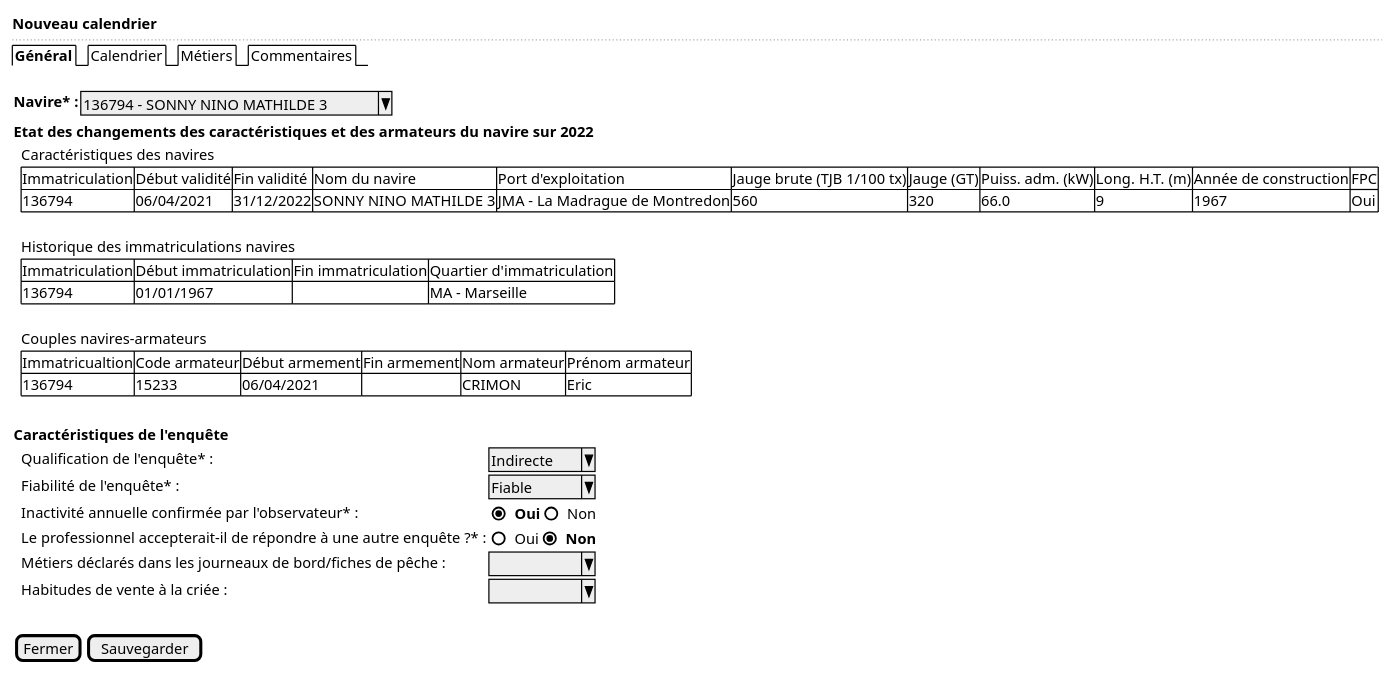
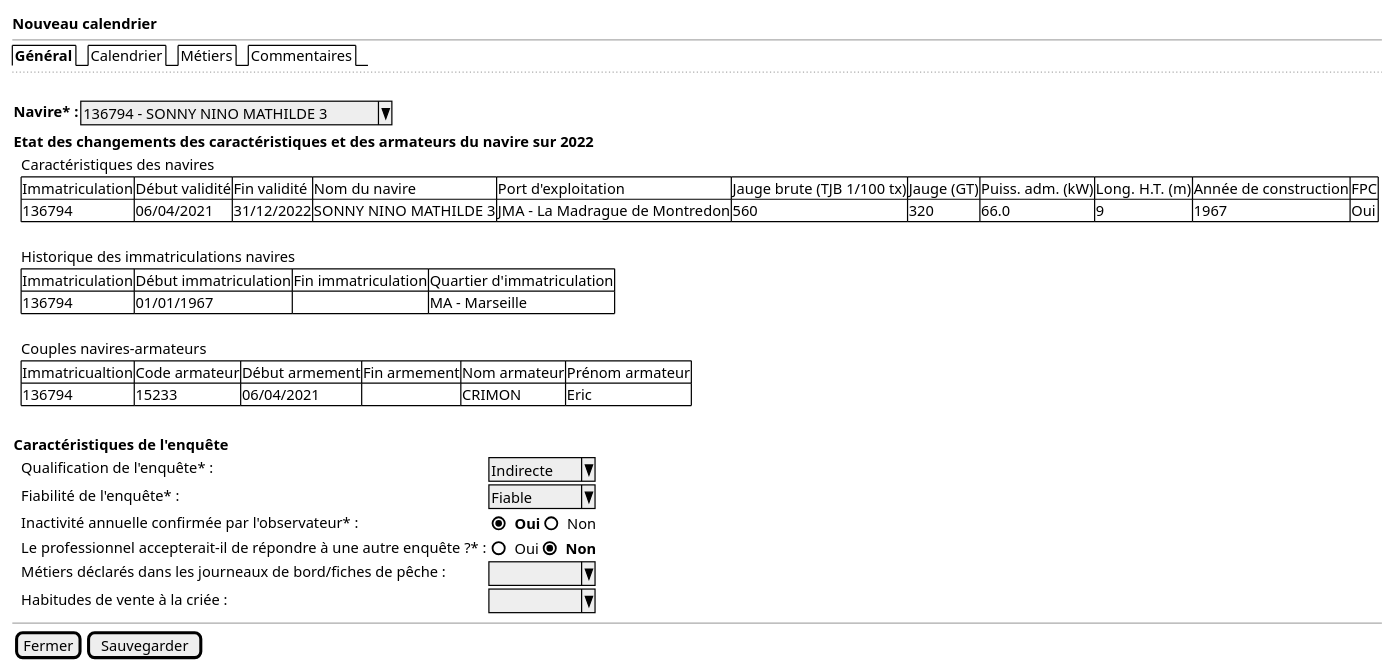
The diagram in projects/activity-calendar/spe/images/activity-calendar-new-general.puml (sumaris-net/sumaris-doc), drawn with PlantUML before and after one commit. The commit also changed 11 other files, not shown here.

```diff
--- a/projects/activity-calendar/spe/images/activity-calendar-new-general.puml
+++ b/projects/activity-calendar/spe/images/activity-calendar-new-general.puml
@@ -1,45 +1,46 @@
 @startsalt
 {
   <b>Nouveau calendrier
+  --
+  {/ <b>Général | Calendrier | Métiers | Commentaires }
   ..
-  {/ <b>Général | Calendrier | Métiers | Commentaires }
   .
 
   {<b>Navire* : | ^136794 - SONNY NINO MATHILDE 3^}
 
   {
   <b>Etat des changements des caractéristiques et des armateurs du navire sur 2022
     {
     . | Caractéristiques des navires
     . | {# Immatriculation | Début validité | Fin validité | Nom du navire | Port d'exploitation | Jauge brute (TJB 1/100 tx) | Jauge (GT) | Puiss. adm. (kW) | Long. H.T. (m) | Année de construction | FPC
        136794 | 06/04/2021 | 31/12/2022 | SONNY NINO MATHILDE 3 | JMA - La Madrague de Montredon | 560 | 320 | 66.0 | 9 | 1967 | Oui}
     .
 
     . | Historique des immatriculations navires
     . | {# Immatriculation | Début immatriculation | Fin immatriculation | Quartier d'immatriculation
        136794 | 01/01/1967 | . | MA - Marseille}
     .
 
     . | Couples navires-armateurs
     . | {# Immatricualtion | Code armateur | Début armement | Fin armement | Nom armateur | Prénom armateur
        136794 | 15233 | 06/04/2021 | . | CRIMON | Eric}
     }
   }
   .
 
   {
   <b>Caractéristiques de l'enquête
      {
      . | Qualification de l'enquête* : | ^Indirecte^
      . | Fiabilité de l'enquête* : | ^Fiable   ^
      . | Inactivité annuelle confirmée par l'observateur* : | { (X) <b>Oui | () Non }
      . | Le professionnel accepterait-il de répondre à une autre enquête ?* : | { () Oui | (X) <b>Non }
      . | Métiers déclarés dans les journeaux de bord/fiches de pêche : | ^         ^
      . | Habitudes de vente à la criée : | ^         ^
      }
   }
-  .
 
+  --
   { [Fermer] | [Sauvegarder] }
 }
 @endsalt
```
